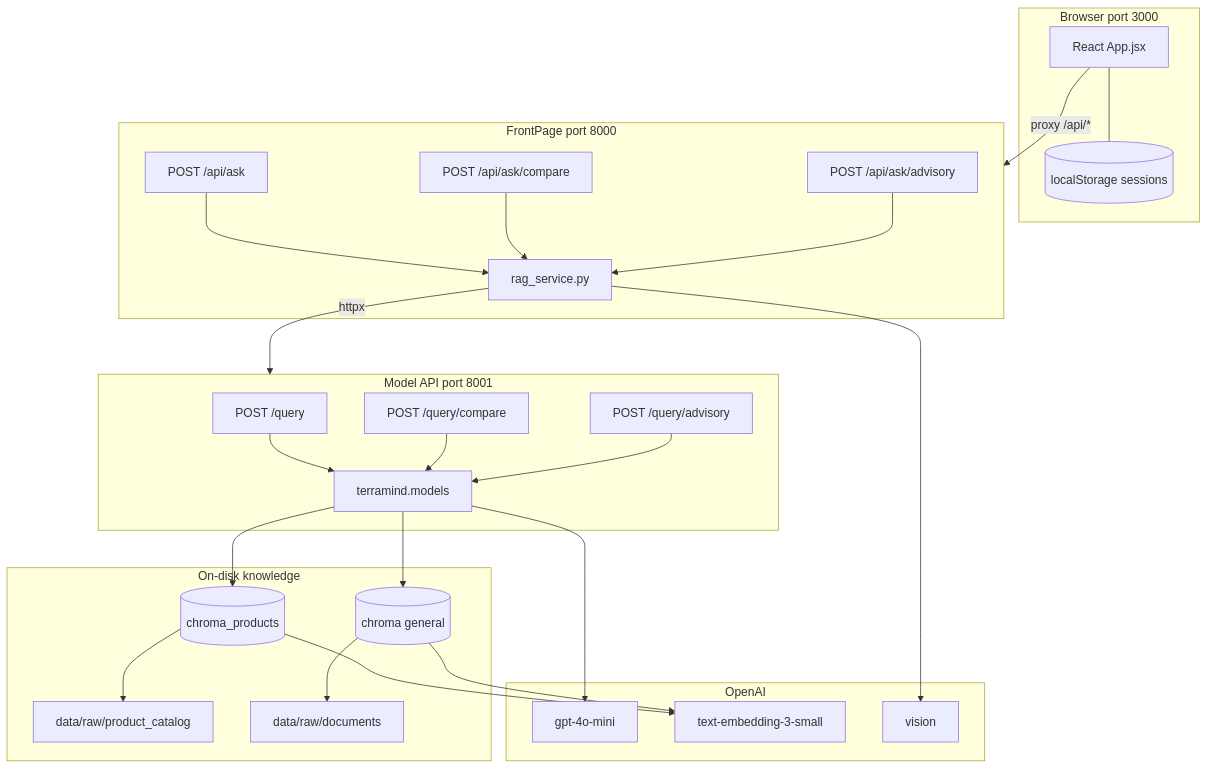
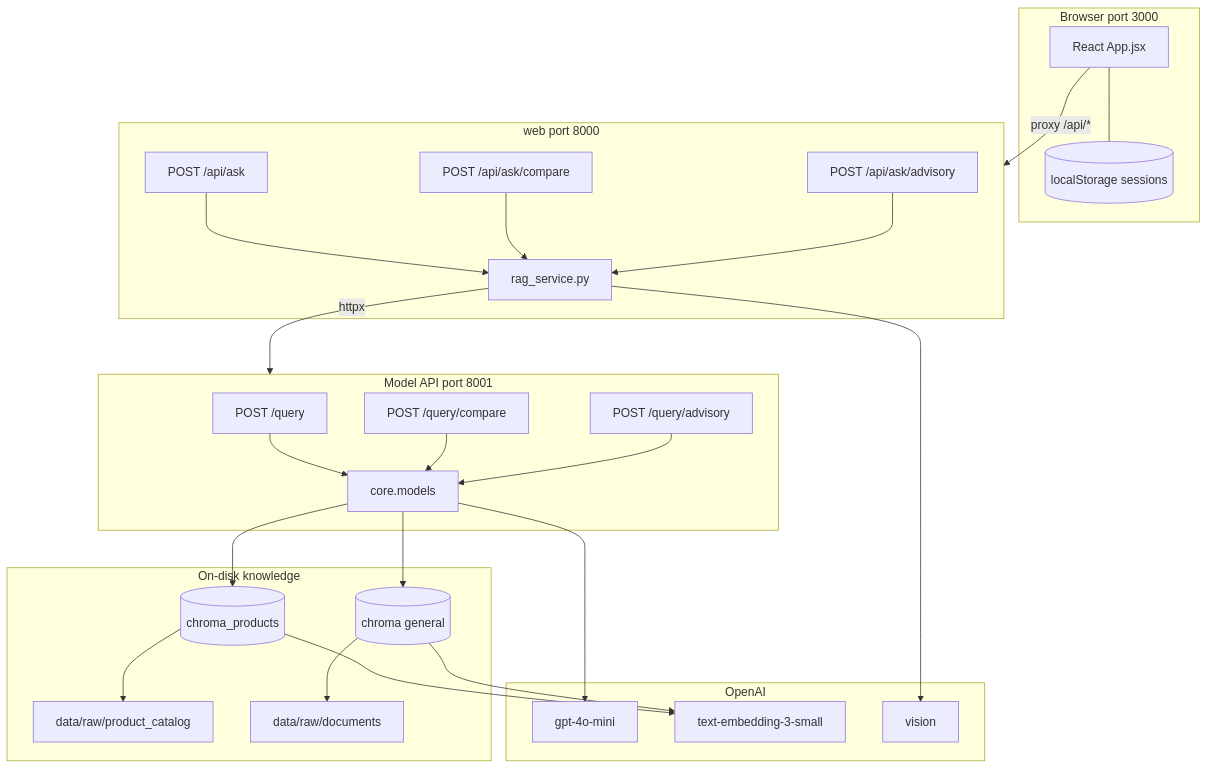
The diagram in docs/SYSTEM_ARCHITECTURE.md (Naifcx47350/TerraMind), drawn with Mermaid before and after one commit. The commit also changed other lines of this file and 244 other files, not shown here.

First line of the commit message:
Refactor repo: FrontPage->web, terramind->core

````diff
--- a/docs/SYSTEM_ARCHITECTURE.md
+++ b/docs/SYSTEM_ARCHITECTURE.md
@@ -29,52 +29,52 @@
 ```mermaid
 flowchart TB
   subgraph browser ["Browser port 3000"]
     UI["React App.jsx"]
     LS[("localStorage sessions")]
     UI --- LS
   end
 
-  subgraph fp ["FrontPage port 8000"]
+  subgraph fp ["web port 8000"]
     Ask["POST /api/ask"]
     Cmp["POST /api/ask/compare"]
     Adv["POST /api/ask/advisory"]
     RAGSvc["rag_service.py"]
     Ask --> RAGSvc
     Cmp --> RAGSvc
     Adv --> RAGSvc
   end
 
   subgraph model ["Model API port 8001"]
     Q["POST /query"]
     QC["POST /query/compare"]
     QA["POST /query/advisory"]
-    Reg["terramind.models"]
+    Reg["core.models"]
     Q --> Reg
     QC --> Reg
     QA --> Reg
   end
 
   subgraph knowledge ["On-disk knowledge"]
     CP[("chroma_products")]
     CG[("chroma general")]
     Excel["data/raw/product_catalog"]
     PDFs["data/raw/documents"]
   end
 
   subgraph openai ["OpenAI"]
     Chat["gpt-4o-mini"]
     Emb["text-embedding-3-small"]
     Vis["vision"]
   end
 
   UI -->|"proxy /api/*"| fp
   RAGSvc -->|httpx| model
   Reg --> CP
   Reg --> CG
   CP --> Excel
   CG --> PDFs
   Reg --> Chat
   CP --> Emb
   CG --> Emb
   RAGSvc --> Vis
 ```
````
